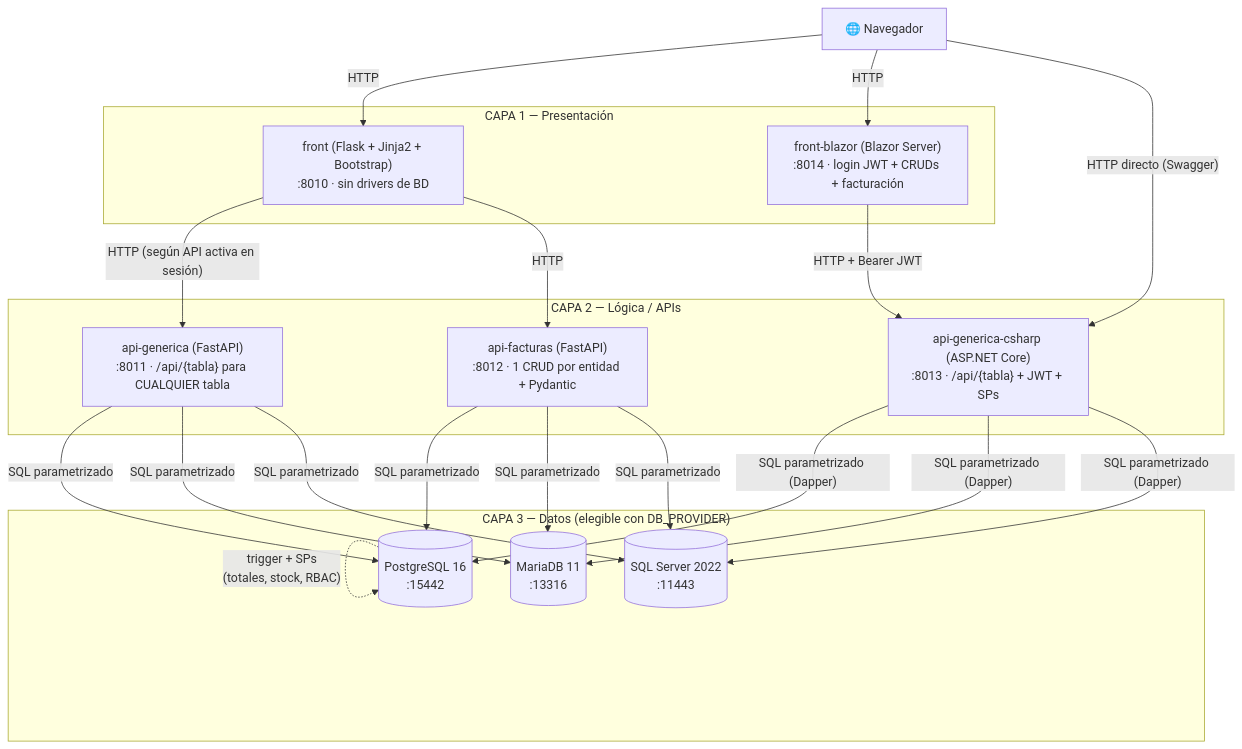
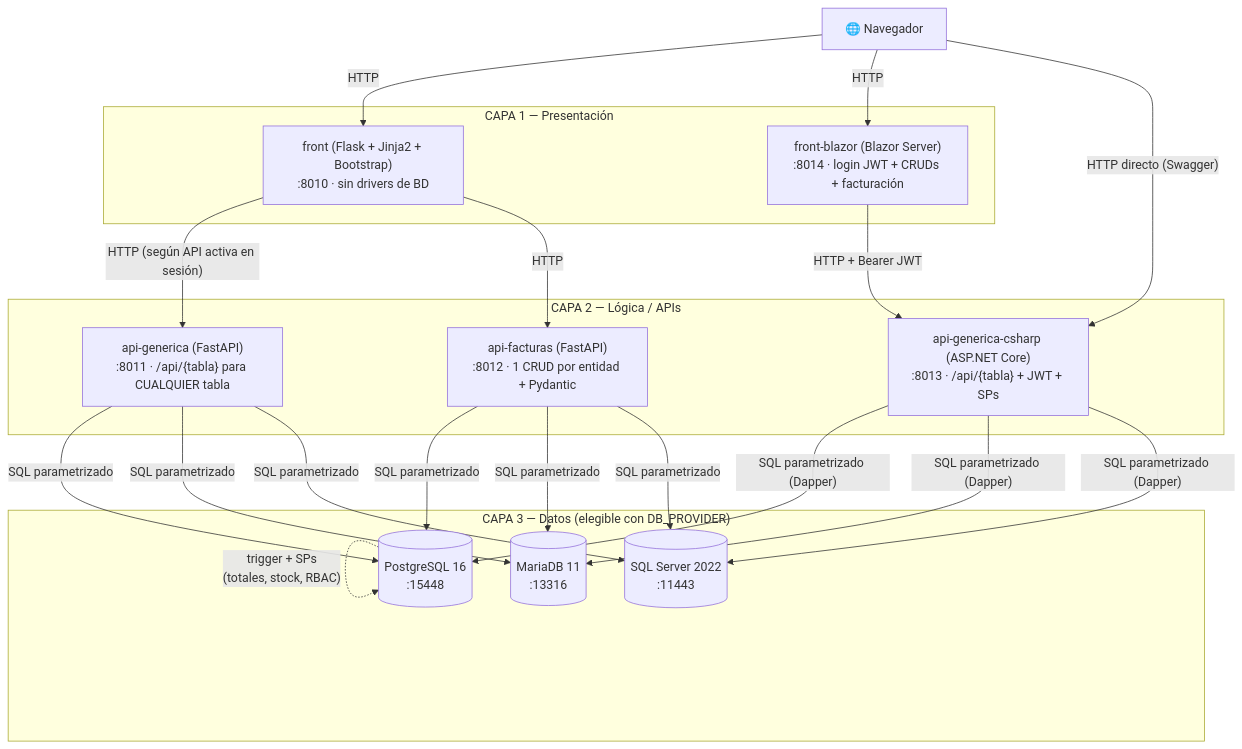
One commit to ccastro2050/proyecto_construccion1 changed the second of 8 diagrams in README.md. Above: the diagram before and after it, drawn with Mermaid. The commit also changed other lines of this file and 20 other files, not shown here.

Commit message:
PostgreSQL publicado en 15448 (antes 15442) para no chocar con la familia construccion_de_software

````diff
--- a/README.md
+++ b/README.md
@@ -197,32 +197,32 @@
 ```mermaid
 flowchart TB
     NAV["🌐 Navegador"]
 
     subgraph CAPA1["CAPA 1 — Presentación"]
         FRONT["front (Flask + Jinja2 + Bootstrap)<br/>:8010 · sin drivers de BD"]
         FBLZ["front-blazor (Blazor Server)<br/>:8014 · login JWT + CRUDs + facturación"]
     end
 
     subgraph CAPA2["CAPA 2 — Lógica / APIs"]
         AG["api-generica (FastAPI)<br/>:8011 · /api/{tabla} para CUALQUIER tabla"]
         AF["api-facturas (FastAPI)<br/>:8012 · 1 CRUD por entidad + Pydantic"]
         AGC["api-generica-csharp (ASP.NET Core)<br/>:8013 · /api/{tabla} + JWT + SPs"]
     end
 
     subgraph CAPA3["CAPA 3 — Datos (elegible con DB_PROVIDER)"]
-        PG[("PostgreSQL 16<br/>:15442")]
+        PG[("PostgreSQL 16<br/>:15448")]
         MA[("MariaDB 11<br/>:13316")]
         MS[("SQL Server 2022<br/>:11443")]
     end
 
     NAV -->|HTTP| FRONT
     NAV -->|HTTP| FBLZ
     NAV -->|"HTTP directo (Swagger)"| AGC
     FRONT -->|"HTTP (según API activa en sesión)"| AG
     FRONT -->|HTTP| AF
     FBLZ -->|"HTTP + Bearer JWT"| AGC
     AG -->|SQL parametrizado| PG & MA & MS
     AF -->|SQL parametrizado| PG & MA & MS
     AGC -->|"SQL parametrizado (Dapper)"| PG & MA & MS
     PG -.->|"trigger + SPs<br/>(totales, stock, RBAC)"| PG
 ```
````
